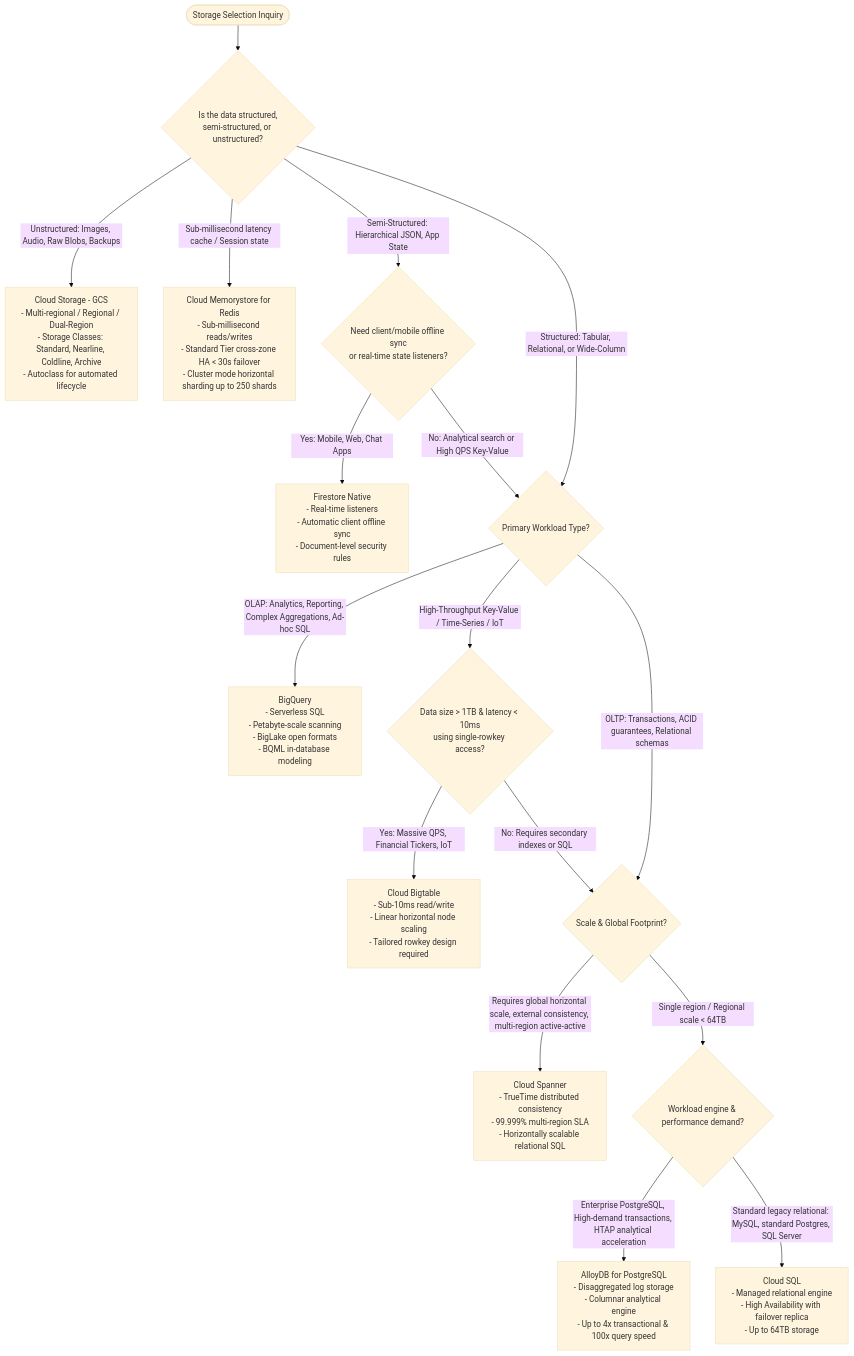
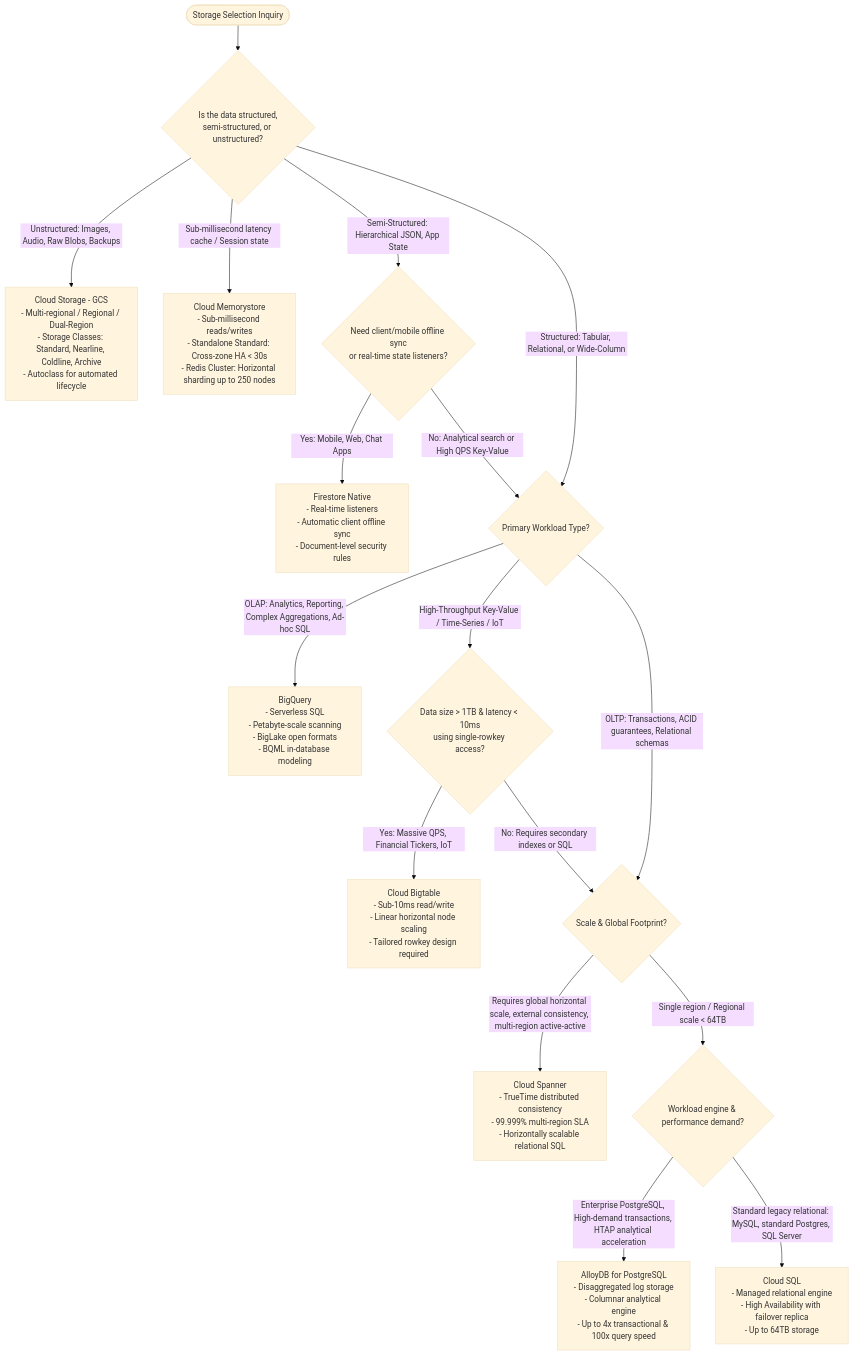
One commit to rohithvishaal/GCP_PDE_Notes changed the third of 3 diagrams in 05_phase4_comparisons_and_decision_trees/02_storage_database_comparisons.md. Above: the diagram before and after it, drawn with Mermaid (base theme). The commit also changed other lines of this file and 4 other files, not shown here.

````diff
--- a/05_phase4_comparisons_and_decision_trees/02_storage_database_comparisons.md
+++ b/05_phase4_comparisons_and_decision_trees/02_storage_database_comparisons.md
@@ -110,35 +117,35 @@
 ```mermaid
 flowchart TD
     Start([Storage Selection Inquiry]) --> Q1{Is the data structured,<br/>semi-structured, or unstructured?}
     
     %% UNSTRUCTURED
     Q1 -->|Unstructured: Images, Audio, Raw Blobs, Backups| Sol_GCS[Cloud Storage - GCS<br/>- Multi-regional / Regional / Dual-Region<br/>- Storage Classes: Standard, Nearline, Coldline, Archive<br/>- Autoclass for automated lifecycle]
     
     %% IN-MEMORY CACHE
-    Q1 -->|Sub-millisecond latency cache / Session state| Sol_Memorystore[Cloud Memorystore for Redis<br/>- Sub-millisecond reads/writes<br/>- Standard Tier cross-zone HA < 30s failover<br/>- Cluster mode horizontal sharding up to 250 shards]
+    Q1 -->|Sub-millisecond latency cache / Session state| Sol_Memorystore[Cloud Memorystore<br/>- Sub-millisecond reads/writes<br/>- Standalone Standard: Cross-zone HA < 30s<br/>- Redis Cluster: Horizontal sharding up to 250 nodes]
 
     %% SEMI-STRUCTURED / DOCUMENT
     Q1 -->|Semi-Structured: Hierarchical JSON, App State| Q2{Need client/mobile offline sync<br/>or real-time state listeners?}
     Q2 -->|Yes: Mobile, Web, Chat Apps| Sol_Firestore[Firestore Native<br/>- Real-time listeners<br/>- Automatic client offline sync<br/>- Document-level security rules]
     Q2 -->|No: Analytical search or High QPS Key-Value| Q3
     
     %% STRUCTURED / TABULAR
     Q1 -->|Structured: Tabular, Relational, or Wide-Column| Q3{Primary Workload Type?}
     
     %% OLAP
     Q3 -->|OLAP: Analytics, Reporting, Complex Aggregations, Ad-hoc SQL| Sol_BigQuery[BigQuery<br/>- Serverless SQL<br/>- Petabyte-scale scanning<br/>- BigLake open formats<br/>- BQML in-database modeling]
     
     %% HIGH-THROUGHPUT NOSQL
     Q3 -->|High-Throughput Key-Value / Time-Series / IoT| Q4{Data size > 1TB & latency < 10ms<br/>using single-rowkey access?}
     Q4 -->|Yes: Massive QPS, Financial Tickers, IoT| Sol_Bigtable[Cloud Bigtable<br/>- Sub-10ms read/write<br/>- Linear horizontal node scaling<br/>- Tailored rowkey design required]
     Q4 -->|No: Requires secondary indexes or SQL| Q5
     
     %% OLTP / RELATIONAL
     Q3 -->|OLTP: Transactions, ACID guarantees, Relational schemas| Q5{Scale & Global Footprint?}
     
     Q5 -->|Requires global horizontal scale, external consistency, multi-region active-active| Sol_Spanner[Cloud Spanner<br/>- TrueTime distributed consistency<br/>- 99.999% multi-region SLA<br/>- Horizontally scalable relational SQL]
     
     Q5 -->|Single region / Regional scale < 64TB| Q6{Workload engine & performance demand?}
     Q6 -->|Enterprise PostgreSQL, High-demand transactions, HTAP analytical acceleration| Sol_AlloyDB[AlloyDB for PostgreSQL<br/>- Disaggregated log storage<br/>- Columnar analytical engine<br/>- Up to 4x transactional & 100x query speed]
     Q6 -->|Standard legacy relational: MySQL, standard Postgres, SQL Server| Sol_CloudSQL[Cloud SQL<br/>- Managed relational engine<br/>- High Availability with failover replica<br/>- Up to 64TB storage]
 ```
````
